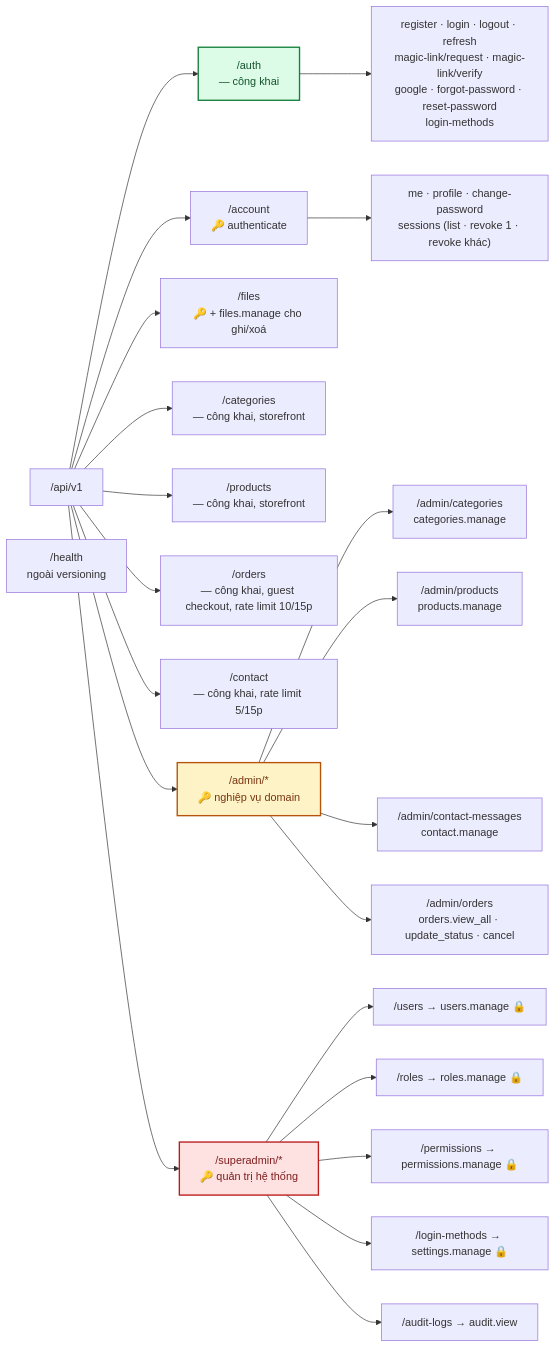
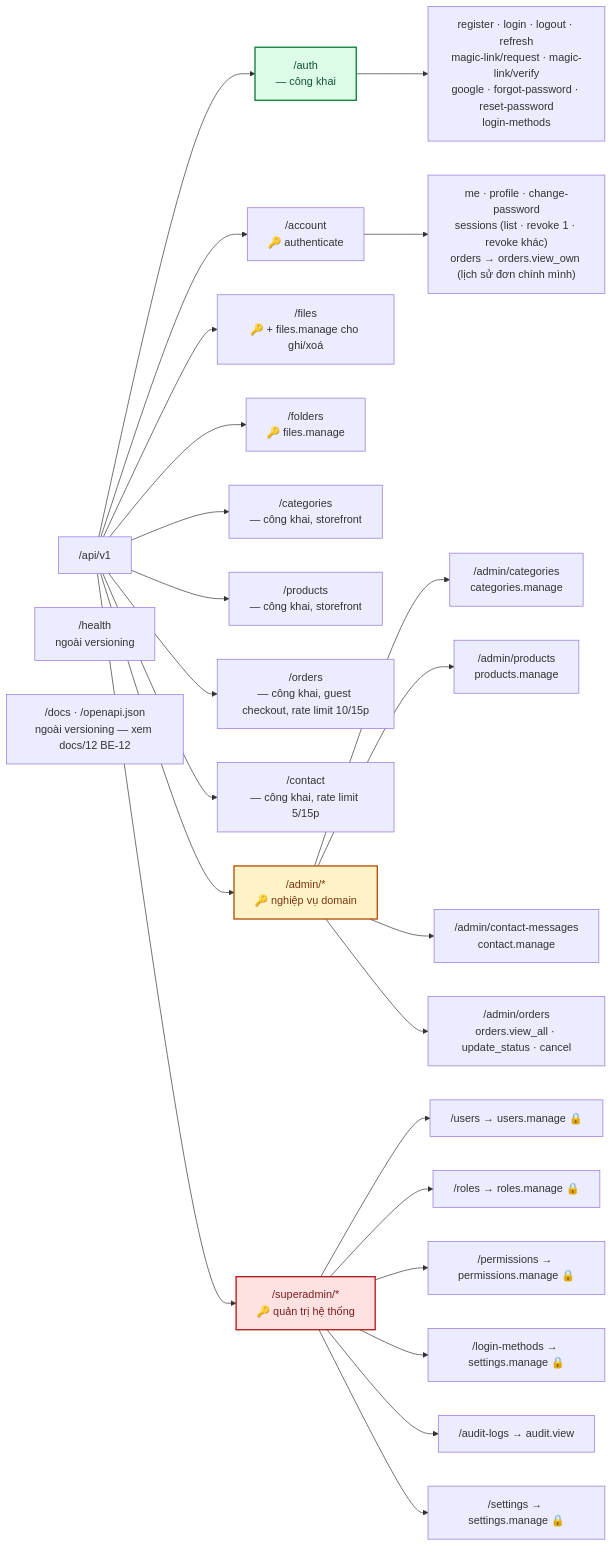
One commit to Hungvu0712/FLOWER changed the first of 2 diagrams in docs/06-api-reference.md. Above: the diagram before and after it, drawn with Mermaid. The commit also changed other lines of this file and 10 other files, not shown here.

````diff
--- a/docs/06-api-reference.md
+++ b/docs/06-api-reference.md
@@ -64,30 +68,33 @@
 ```mermaid
 flowchart LR
     ROOT["/api/v1"] --> AUTH["/auth<br/>— công khai"]
     ROOT --> ACC["/account<br/>🔑 authenticate"]
     ROOT --> FILES["/files<br/>🔑 + files.manage cho ghi/xoá"]
+    ROOT --> FOLDERS["/folders<br/>🔑 files.manage"]
     ROOT --> CAT["/categories<br/>— công khai, storefront"]
     ROOT --> PROD["/products<br/>— công khai, storefront"]
     ROOT --> ORD["/orders<br/>— công khai, guest checkout, rate limit 10/15p"]
     ROOT --> CONTACT["/contact<br/>— công khai, rate limit 5/15p"]
     ROOT --> ADM["/admin/*<br/>🔑 nghiệp vụ domain"]
     ROOT --> SA["/superadmin/*<br/>🔑 quản trị hệ thống"]
 
     AUTH --> A1["register · login · logout · refresh<br/>magic-link/request · magic-link/verify<br/>google · forgot-password · reset-password<br/>login-methods"]
-    ACC --> C1["me · profile · change-password<br/>sessions (list · revoke 1 · revoke khác)"]
+    ACC --> C1["me · profile · change-password<br/>sessions (list · revoke 1 · revoke khác)<br/>orders → orders.view_own (lịch sử đơn chính mình)"]
     ADM --> AD1["/admin/categories<br/>categories.manage"]
     ADM --> AD2["/admin/products<br/>products.manage"]
     ADM --> AD3["/admin/contact-messages<br/>contact.manage"]
     ADM --> AD4["/admin/orders<br/>orders.view_all · update_status · cancel"]
     SA --> S1["/users → users.manage 🔒"]
     SA --> S2["/roles → roles.manage 🔒"]
     SA --> S3["/permissions → permissions.manage 🔒"]
     SA --> S4["/login-methods → settings.manage 🔒"]
     SA --> S5["/audit-logs → audit.view"]
+    SA --> S6["/settings → settings.manage 🔒"]
 
     HEALTH["/health<br/>ngoài versioning"]
+    DOCS["/docs · /openapi.json<br/>ngoài versioning — xem docs/12 BE-12"]
 
     style SA fill:#fee2e2,stroke:#b91c1c,stroke-width:2px,color:#7f1d1d
     style ADM fill:#fef3c7,stroke:#b45309,stroke-width:2px,color:#78350f
     style AUTH fill:#dcfce7,stroke:#15803d,stroke-width:2px,color:#14532d
 ```
````
